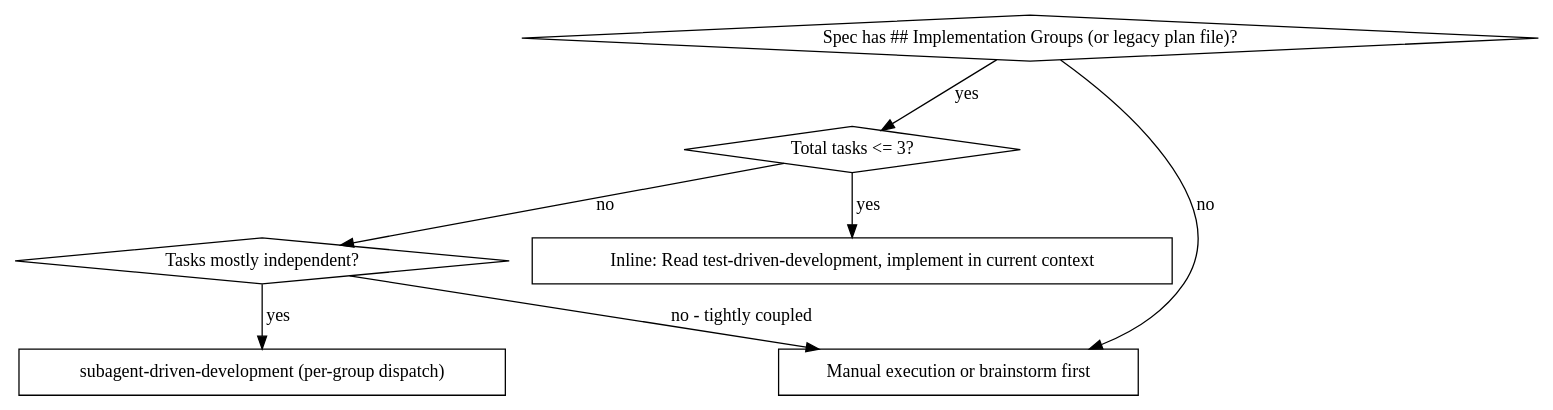
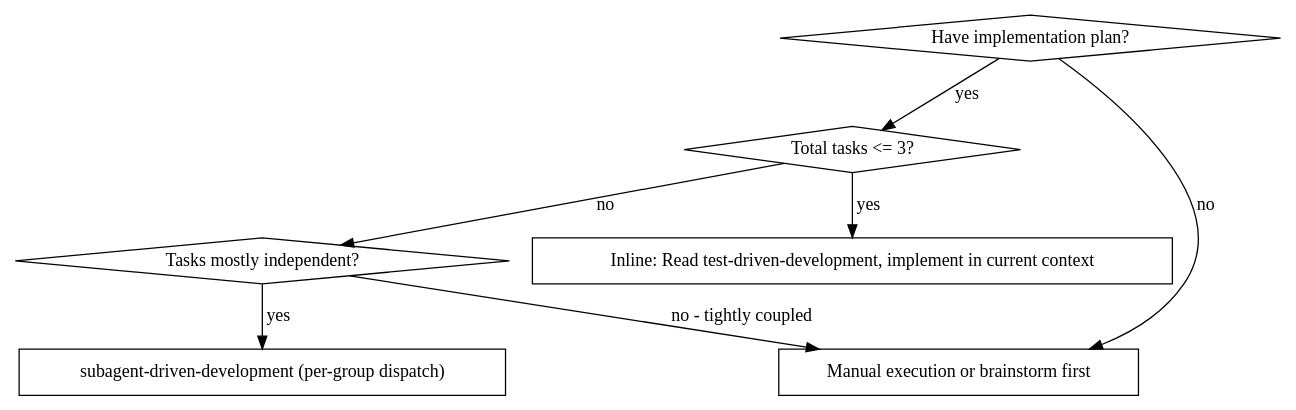
One commit to wonjinsin/harness-flow changed the first of 2 diagrams in skills/subagent-driven-development/SKILL.md. Above: the diagram before and after it, drawn with Graphviz. The commit also changed other lines of this file and 13 other files, not shown here.

````diff
--- a/skills/subagent-driven-development/SKILL.md
+++ b/skills/subagent-driven-development/SKILL.md
@@ -21,17 +21,17 @@
 ```dot
 digraph when_to_use {
-    "Spec has ## Implementation Groups (or legacy plan file)?" [shape=diamond];
+    "Have implementation plan?" [shape=diamond];
     "Total tasks <= 3?" [shape=diamond];
     "Tasks mostly independent?" [shape=diamond];
     "Inline: Read test-driven-development, implement in current context" [shape=box];
     "subagent-driven-development (per-group dispatch)" [shape=box];
     "Manual execution or brainstorm first" [shape=box];
 
-    "Spec has ## Implementation Groups (or legacy plan file)?" -> "Total tasks <= 3?" [label="yes"];
-    "Spec has ## Implementation Groups (or legacy plan file)?" -> "Manual execution or brainstorm first" [label="no"];
+    "Have implementation plan?" -> "Total tasks <= 3?" [label="yes"];
+    "Have implementation plan?" -> "Manual execution or brainstorm first" [label="no"];
     "Total tasks <= 3?" -> "Inline: Read test-driven-development, implement in current context" [label="yes"];
     "Total tasks <= 3?" -> "Tasks mostly independent?" [label="no"];
     "Tasks mostly independent?" -> "subagent-driven-development (per-group dispatch)" [label="yes"];
     "Tasks mostly independent?" -> "Manual execution or brainstorm first" [label="no - tightly coupled"];
 }
 ```
````
